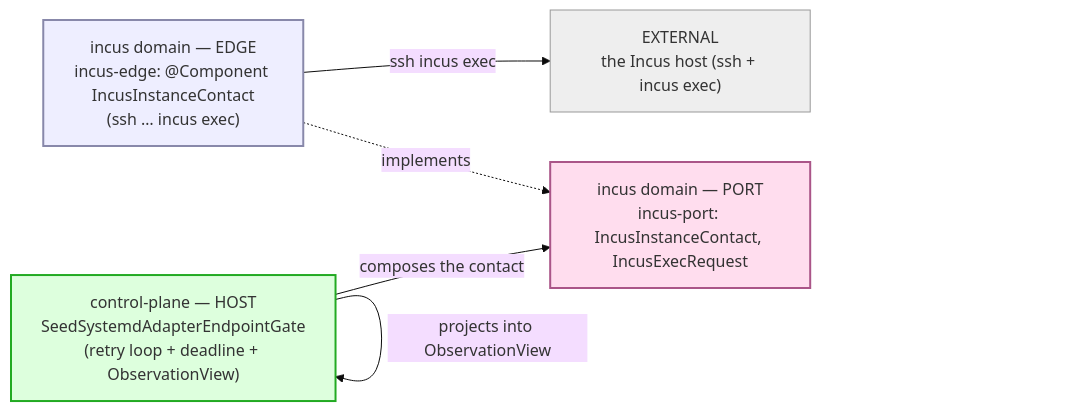
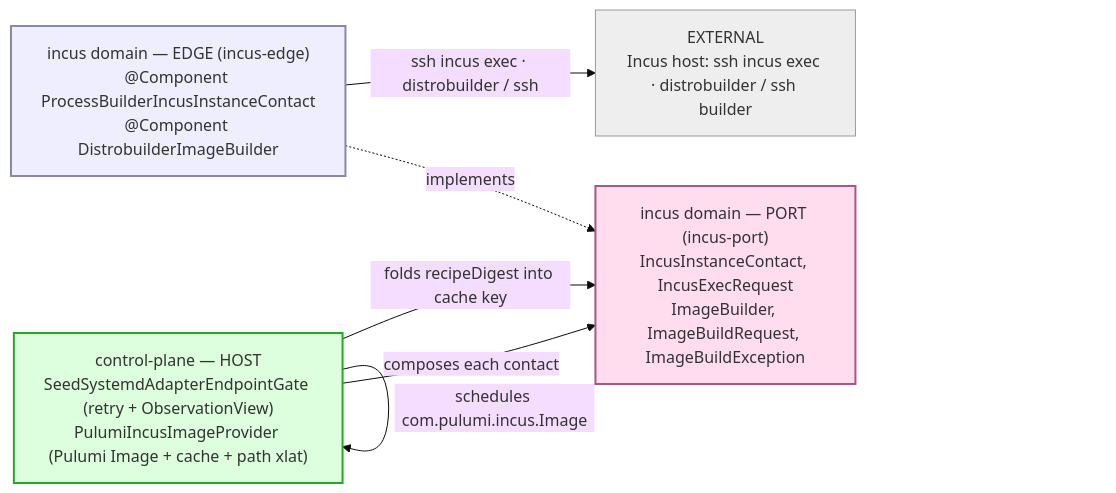
The diagram in docs/architecture/osgi/incus-edge-spec.adoc (nxmatic/rke2lab), drawn with Mermaid (base theme) before and after one commit. The commit also changed other lines of this file and 14 other files, not shown here.

```diff
--- a/docs/architecture/osgi/incus-edge-spec.adoc
+++ b/docs/architecture/osgi/incus-edge-spec.adoc
@@ -45,20 +85,21 @@
 [mermaid]
 ....
 flowchart LR
-  world["EXTERNAL<br/>the Incus host (ssh + incus exec)"]
-  edge["incus domain — EDGE<br/>incus-edge: @Component IncusInstanceContact<br/>(ssh … incus exec)"]
-  iport["incus domain — PORT<br/>incus-port: IncusInstanceContact, IncusExecRequest"]
-  gate["control-plane — HOST<br/>SeedSystemdAdapterEndpointGate<br/>(retry loop + deadline + ObservationView)"]
-  edge -->|ssh incus exec| world
+  world["EXTERNAL<br/>Incus host: ssh incus exec · distrobuilder / ssh builder"]
+  edge["incus domain — EDGE (incus-edge)<br/>@Component ProcessBuilderIncusInstanceContact<br/>@Component DistrobuilderImageBuilder"]
+  iport["incus domain — PORT (incus-port)<br/>IncusInstanceContact, IncusExecRequest<br/>ImageBuilder, ImageBuildRequest, ImageBuildException"]
+  gate["control-plane — HOST<br/>SeedSystemdAdapterEndpointGate (retry + ObservationView)<br/>PulumiIncusImageProvider (Pulumi Image + cache + path xlat)"]
+  gate -->|composes each contact| iport
+  gate -->|folds recipeDigest into cache key| iport
   edge -.->|implements| iport
-  gate -->|composes the contact| iport
-  gate -->|projects into ObservationView| gate
+  edge -->|ssh incus exec · distrobuilder / ssh| world
+  gate -->|schedules com.pulumi.incus.Image| gate
   classDef e fill:#eef,stroke:#88a,stroke-width:2px;
   classDef p fill:#fde,stroke:#a58,stroke-width:2px;
   classDef h fill:#dfd,stroke:#2a2,stroke-width:2px;
   classDef w fill:#eee,stroke:#999,stroke-width:1px;
   class edge e;
   class iport p;
   class gate h;
   class world w;
 ....
```
